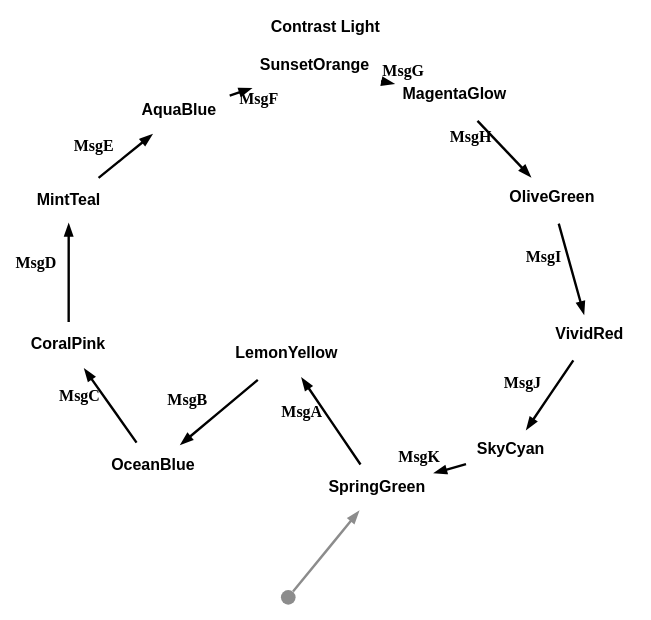
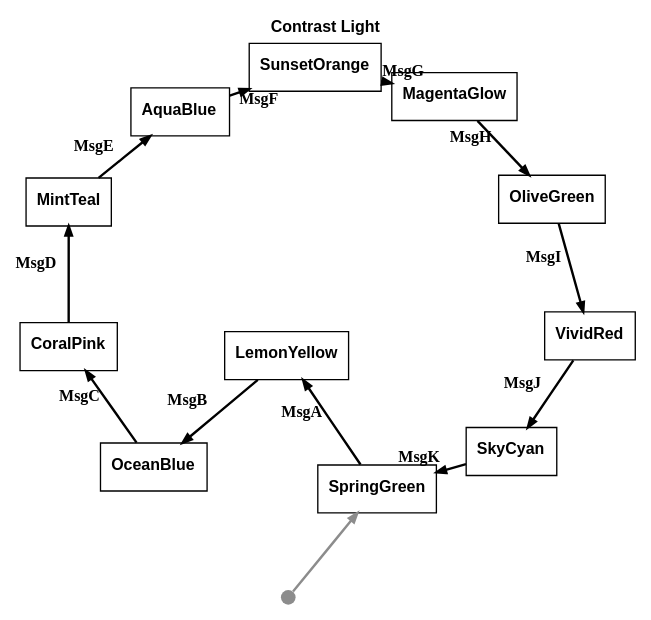
One commit to m-bock/purescript-transit changed the diagram in graphs/themes/contrast-light.dot. Above: the diagram before and after it, drawn with Graphviz. The commit also changed 25 other files, not shown here.

Commit message:
Refactor graph definitions to enhance visual consistency by updating color attributes for nodes and edges across various dot and svg files. Adjust pen widths and color settings in the Door, Color Ring, and House of Santa Claus examples for improved clarity and aesthetics.

```diff
--- a/graphs/themes/contrast-light.dot
+++ b/graphs/themes/contrast-light.dot
@@ -1,29 +1,29 @@
 digraph 
 {
-rankdir = "TD";fontname = "Arial";label = <<b>Contrast Light</b>>;labelloc = "t";fontsize = 12;bgcolor = "#ffffff"
+rankdir = "TD";fontname = "Arial";label = <<b>Contrast Light</b>>;labelloc = "t";fontsize = 12;bgcolor = "#ffffff";fontcolor = "#000000"
 graph [layout=sfdp;overlap=false, K=2.5, repulsiveforce=4, splines=true];
-SpringGreen [shape = "box", label = <<b>SpringGreen</b>>, fontsize = 12, style = "filled", fillcolor = "#ffffff", fontcolor = "#000000", fontname = "Arial", labelloc = "c", penwidth = 0.0]
+SpringGreen [shape = "box", label = <<b>SpringGreen</b>>, fontsize = 12, style = "filled", fillcolor = "#ffffff", fontcolor = "#000000", color = "#000000", fontname = "Arial", labelloc = "c", penwidth = 1.0]
 __Start__ [shape = "circle", label = "", width = 0.15, height = 0.15, fixedsize = true, style = "filled", fillcolor = "#8c8c8c", penwidth = 0.0]
 __Start__ -> SpringGreen [color = "#8c8c8c", fontsize = 12, arrowsize = "0.7", penwidth = 1.8]
 SpringGreen -> LemonYellow [color = "#000000", fontcolor = "#000000", fontsize = 12, arrowsize = "0.7", label = <<b>MsgA</b>>, penwidth = 1.8]
-LemonYellow [shape = "box", label = <<b>LemonYellow</b>>, fontsize = 12, style = "filled", fillcolor = "#ffffff", fontcolor = "#000000", fontname = "Arial", labelloc = "c", penwidth = 0.0]
+LemonYellow [shape = "box", label = <<b>LemonYellow</b>>, fontsize = 12, style = "filled", fillcolor = "#ffffff", fontcolor = "#000000", color = "#000000", fontname = "Arial", labelloc = "c", penwidth = 1.0]
 LemonYellow -> OceanBlue [color = "#000000", fontcolor = "#000000", fontsize = 12, arrowsize = "0.7", label = <<b>MsgB</b>>, penwidth = 1.8]
-OceanBlue [shape = "box", label = <<b>OceanBlue</b>>, fontsize = 12, style = "filled", fillcolor = "#ffffff", fontcolor = "#000000", fontname = "Arial", labelloc = "c", penwidth = 0.0]
+OceanBlue [shape = "box", label = <<b>OceanBlue</b>>, fontsize = 12, style = "filled", fillcolor = "#ffffff", fontcolor = "#000000", color = "#000000", fontname = "Arial", labelloc = "c", penwidth = 1.0]
 OceanBlue -> CoralPink [color = "#000000", fontcolor = "#000000", fontsize = 12, arrowsize = "0.7", label = <<b>MsgC</b>>, penwidth = 1.8]
-CoralPink [shape = "box", label = <<b>CoralPink</b>>, fontsize = 12, style = "filled", fillcolor = "#ffffff", fontcolor = "#000000", fontname = "Arial", labelloc = "c", penwidth = 0.0]
+CoralPink [shape = "box", label = <<b>CoralPink</b>>, fontsize = 12, style = "filled", fillcolor = "#ffffff", fontcolor = "#000000", color = "#000000", fontname = "Arial", labelloc = "c", penwidth = 1.0]
 CoralPink -> MintTeal [color = "#000000", fontcolor = "#000000", fontsize = 12, arrowsize = "0.7", label = <<b>MsgD</b>>, penwidth = 1.8]
-MintTeal [shape = "box", label = <<b>MintTeal</b>>, fontsize = 12, style = "filled", fillcolor = "#ffffff", fontcolor = "#000000", fontname = "Arial", labelloc = "c", penwidth = 0.0]
+MintTeal [shape = "box", label = <<b>MintTeal</b>>, fontsize = 12, style = "filled", fillcolor = "#ffffff", fontcolor = "#000000", color = "#000000", fontname = "Arial", labelloc = "c", penwidth = 1.0]
 MintTeal -> AquaBlue [color = "#000000", fontcolor = "#000000", fontsize = 12, arrowsize = "0.7", label = <<b>MsgE</b>>, penwidth = 1.8]
-AquaBlue [shape = "box", label = <<b>AquaBlue</b>>, fontsize = 12, style = "filled", fillcolor = "#ffffff", fontcolor = "#000000", fontname = "Arial", labelloc = "c", penwidth = 0.0]
+AquaBlue [shape = "box", label = <<b>AquaBlue</b>>, fontsize = 12, style = "filled", fillcolor = "#ffffff", fontcolor = "#000000", color = "#000000", fontname = "Arial", labelloc = "c", penwidth = 1.0]
 AquaBlue -> SunsetOrange [color = "#000000", fontcolor = "#000000", fontsize = 12, arrowsize = "0.7", label = <<b>MsgF</b>>, penwidth = 1.8]
-SunsetOrange [shape = "box", label = <<b>SunsetOrange</b>>, fontsize = 12, style = "filled", fillcolor = "#ffffff", fontcolor = "#000000", fontname = "Arial", labelloc = "c", penwidth = 0.0]
+SunsetOrange [shape = "box", label = <<b>SunsetOrange</b>>, fontsize = 12, style = "filled", fillcolor = "#ffffff", fontcolor = "#000000", color = "#000000", fontname = "Arial", labelloc = "c", penwidth = 1.0]
 SunsetOrange -> MagentaGlow [color = "#000000", fontcolor = "#000000", fontsize = 12, arrowsize = "0.7", label = <<b>MsgG</b>>, penwidth = 1.8]
-MagentaGlow [shape = "box", label = <<b>MagentaGlow</b>>, fontsize = 12, style = "filled", fillcolor = "#ffffff", fontcolor = "#000000", fontname = "Arial", labelloc = "c", penwidth = 0.0]
+MagentaGlow [shape = "box", label = <<b>MagentaGlow</b>>, fontsize = 12, style = "filled", fillcolor = "#ffffff", fontcolor = "#000000", color = "#000000", fontname = "Arial", labelloc = "c", penwidth = 1.0]
 MagentaGlow -> OliveGreen [color = "#000000", fontcolor = "#000000", fontsize = 12, arrowsize = "0.7", label = <<b>MsgH</b>>, penwidth = 1.8]
-OliveGreen [shape = "box", label = <<b>OliveGreen</b>>, fontsize = 12, style = "filled", fillcolor = "#ffffff", fontcolor = "#000000", fontname = "Arial", labelloc = "c", penwidth = 0.0]
+OliveGreen [shape = "box", label = <<b>OliveGreen</b>>, fontsize = 12, style = "filled", fillcolor = "#ffffff", fontcolor = "#000000", color = "#000000", fontname = "Arial", labelloc = "c", penwidth = 1.0]
 OliveGreen -> VividRed [color = "#000000", fontcolor = "#000000", fontsize = 12, arrowsize = "0.7", label = <<b>MsgI</b>>, penwidth = 1.8]
-VividRed [shape = "box", label = <<b>VividRed</b>>, fontsize = 12, style = "filled", fillcolor = "#ffffff", fontcolor = "#000000", fontname = "Arial", labelloc = "c", penwidth = 0.0]
+VividRed [shape = "box", label = <<b>VividRed</b>>, fontsize = 12, style = "filled", fillcolor = "#ffffff", fontcolor = "#000000", color = "#000000", fontname = "Arial", labelloc = "c", penwidth = 1.0]
 VividRed -> SkyCyan [color = "#000000", fontcolor = "#000000", fontsize = 12, arrowsize = "0.7", label = <<b>MsgJ</b>>, penwidth = 1.8]
-SkyCyan [shape = "box", label = <<b>SkyCyan</b>>, fontsize = 12, style = "filled", fillcolor = "#ffffff", fontcolor = "#000000", fontname = "Arial", labelloc = "c", penwidth = 0.0]
+SkyCyan [shape = "box", label = <<b>SkyCyan</b>>, fontsize = 12, style = "filled", fillcolor = "#ffffff", fontcolor = "#000000", color = "#000000", fontname = "Arial", labelloc = "c", penwidth = 1.0]
 SkyCyan -> SpringGreen [color = "#000000", fontcolor = "#000000", fontsize = 12, arrowsize = "0.7", label = <<b>MsgK</b>>, penwidth = 1.8]
 }
```
